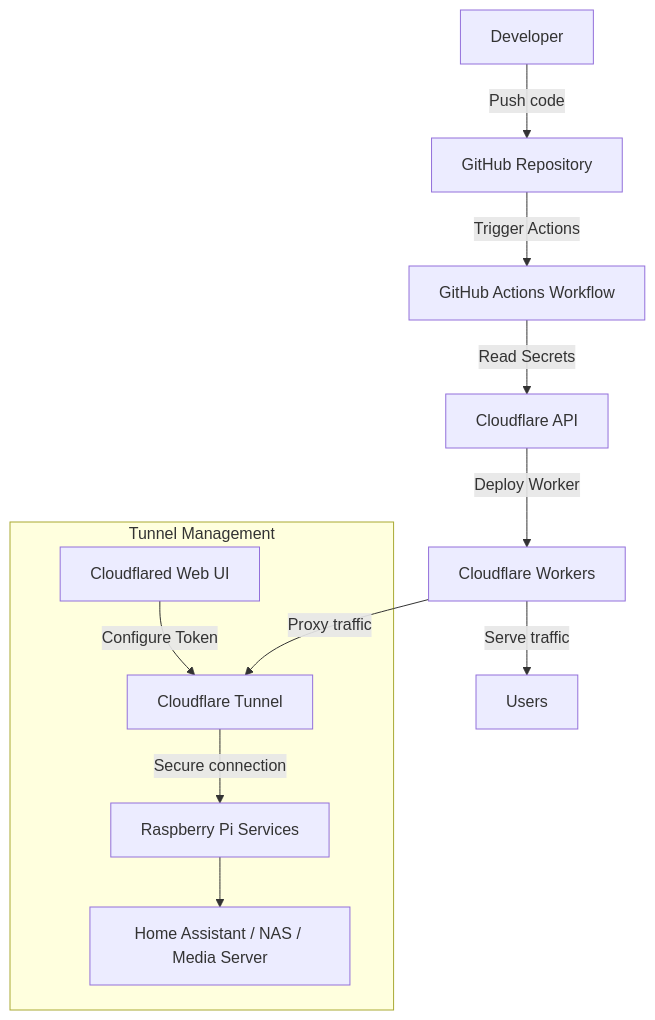
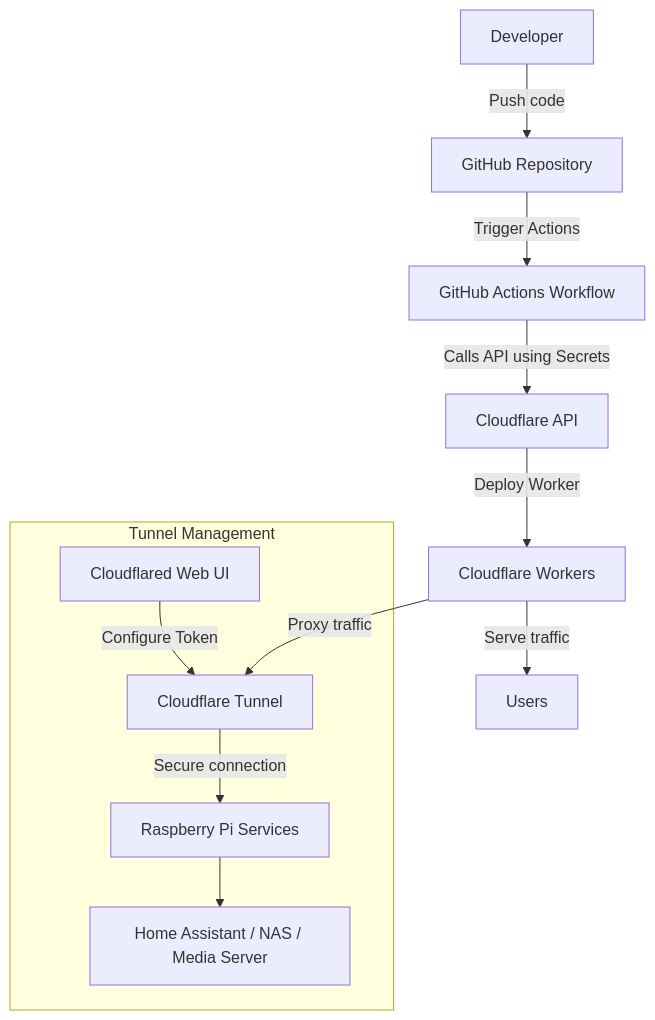
The diagram in README.md (Dantheuniverse/skyroute-enterprise), drawn with Mermaid before and after one commit.

Commit message:
Update diagram label in README

````diff
--- a/README.md
+++ b/README.md
@@ -52,17 +52,17 @@
 ```mermaid
 flowchart TD
     Dev[Developer] -->|Push code| Repo[GitHub Repository]
     Repo -->|Trigger Actions| CI[GitHub Actions Workflow]
-    CI -->|Read Secrets| CF_API[Cloudflare API]
+    CI -->|Calls API using Secrets| CF_API[Cloudflare API]
     CF_API -->|Deploy Worker| Worker[Cloudflare Workers]
 
     Worker -->|Serve traffic| Visitors[Users]
 
     subgraph Tunnel Management
         UI[Cloudflared Web UI] -->|Configure Token| Tunnel[Cloudflare Tunnel]
         Tunnel -->|Secure connection| Local[Raspberry Pi Services]
         Local --> Home[Home Assistant / NAS / Media Server]
     end
 
     Worker -->|Proxy traffic| Tunnel
 ```
````
